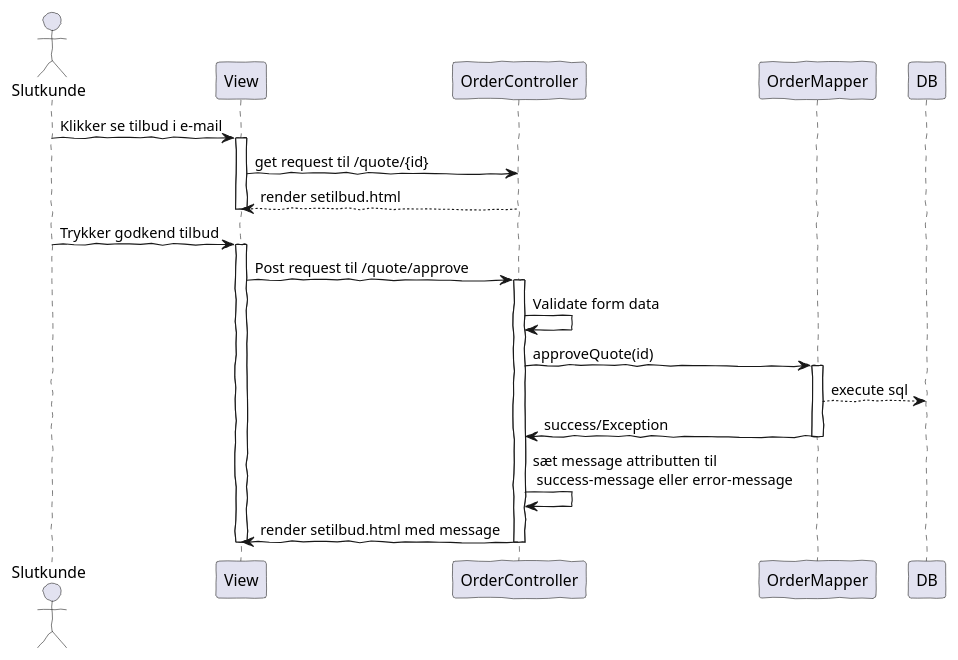
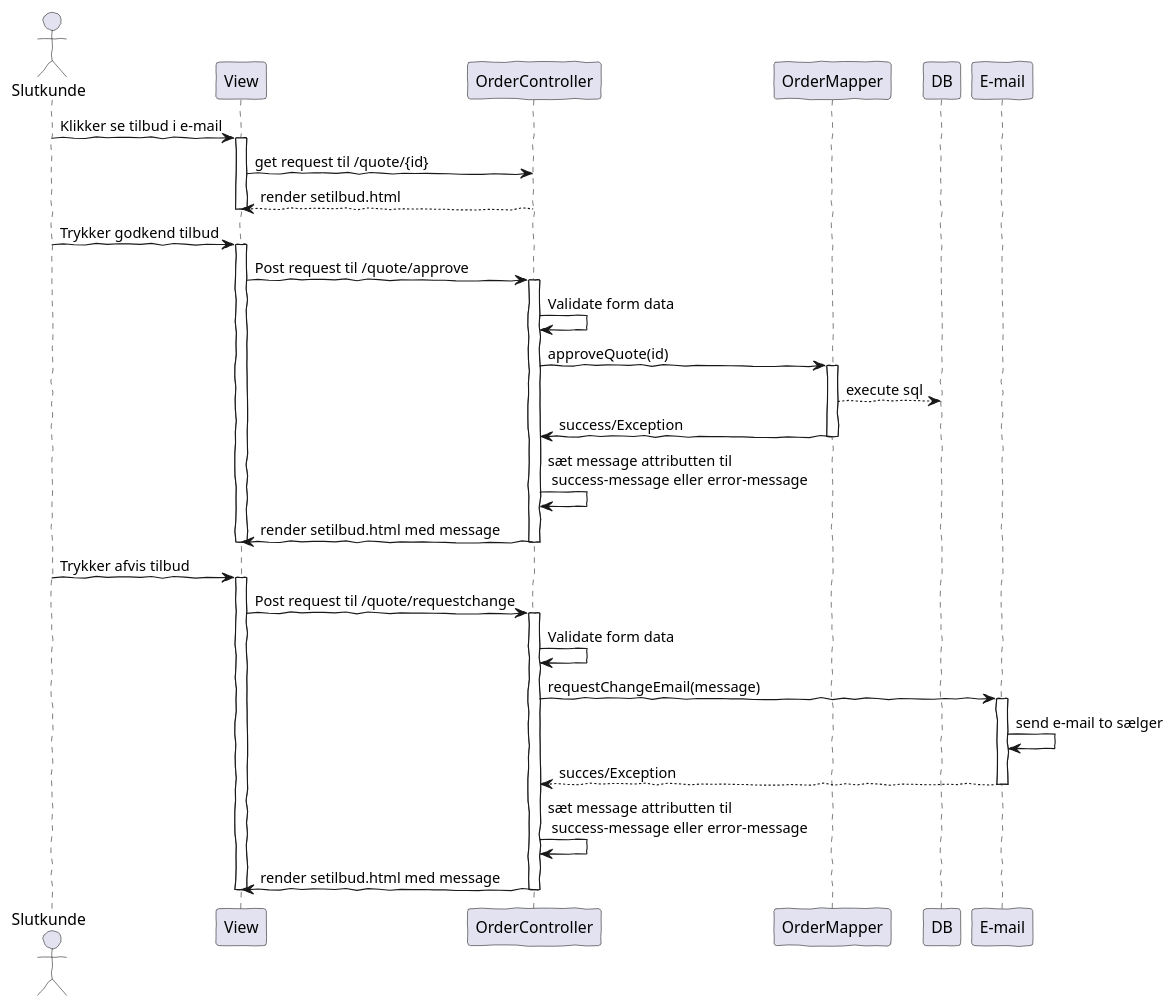
Before and after one commit to AndyTheDragon/Fog-projektet: the diagram in docs/us18-sequence.puml, drawn with PlantUML.

Commit message:
Tilføjet reject tilbud

```diff
--- a/docs/us18-sequence.puml
+++ b/docs/us18-sequence.puml
@@ -1,37 +1,53 @@
 @startuml
 'https://plantuml.com/sequence-diagram
 !pragma layout smetana
 skinparam handwritten true
 
 actor Slutkunde
 participant View as V
 participant "OrderController" as C
 participant "OrderMapper" as M
 participant DB
+participant "E-mail" as E
 
 Slutkunde -> V: Klikker se tilbud i e-mail
 activate V
 V -> C: get request til /quote/{id}
 C --> V: render setilbud.html
 deactivate V
 
 Slutkunde -> V: Trykker godkend tilbud
 activate V
 
 V -> C: Post request til /quote/approve
 activate C
 C -> C: Validate form data
 C -> M: approveQuote(id)
 activate M
 M --> DB: execute sql
 M -> C: success/Exception
 deactivate M
 C -> C : sæt message attributten til\n success-message eller error-message
 C -> V: render setilbud.html med message
 deactivate C
 
+deactivate V
 
 
+Slutkunde -> V: Trykker afvis tilbud
+activate V
+
+V -> C: Post request til /quote/requestchange
+activate C
+C -> C: Validate form data
+C -> E: requestChangeEmail(message)
+activate E
+E -> E: send e-mail to sælger
+E --> C: succes/Exception
+deactivate E
+C -> C : sæt message attributten til\n success-message eller error-message
+C -> V: render setilbud.html med message
+deactivate C
+
 deactivate V
-
 @enduml
```
